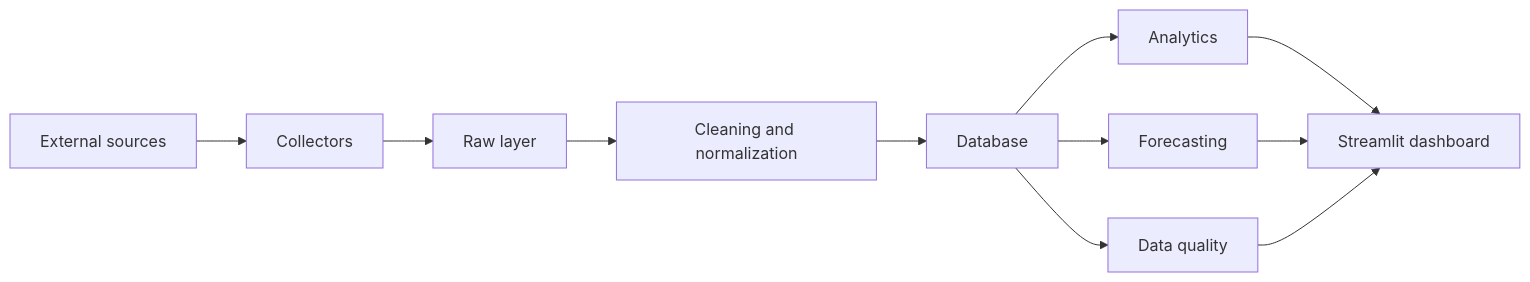
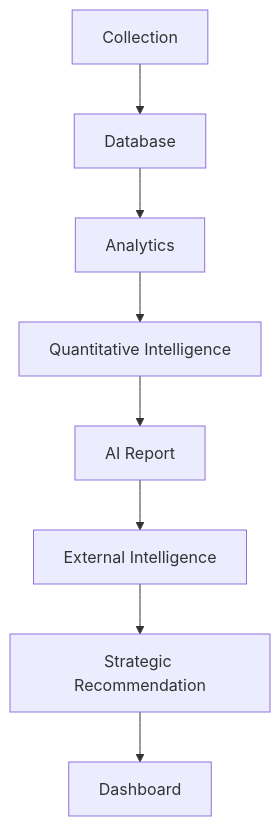
One commit to LHX650/Project-Germania changed the diagram in README.md. Above: the diagram before and after it, drawn with Mermaid. The commit also changed other lines of this file and 146 other files, not shown here.

````diff
--- a/README.md
+++ b/README.md
@@ -91,13 +20,10 @@
 ```mermaid
-flowchart LR
-    A[External sources] --> B[Collectors]
-    B --> C[Raw layer]
-    C --> D[Cleaning and normalization]
-    D --> E[Database]
-    E --> F[Analytics]
-    E --> G[Forecasting]
-    E --> H[Data quality]
-    F --> I[Streamlit dashboard]
-    G --> I
-    H --> I
+flowchart TD
+    A[Collection] --> B[Database]
+    B --> C[Analytics]
+    C --> D[Quantitative Intelligence]
+    D --> E[AI Report]
+    E --> F[External Intelligence]
+    F --> G[Strategic Recommendation]
+    G --> H[Dashboard]
 ```
````
